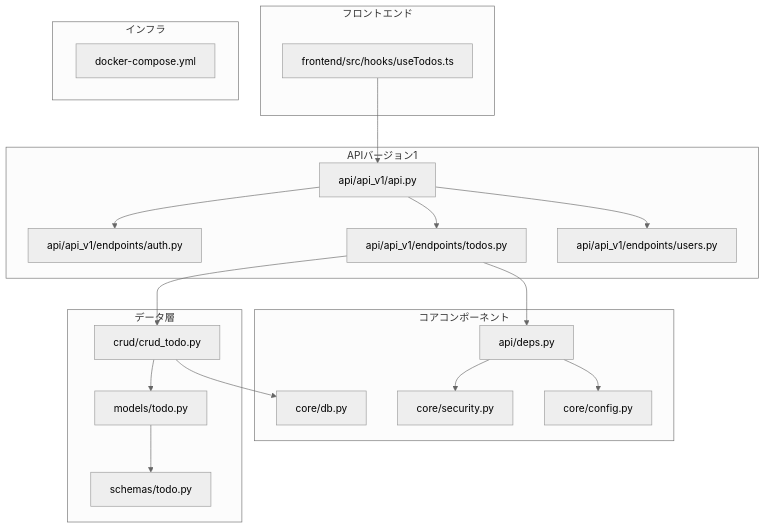
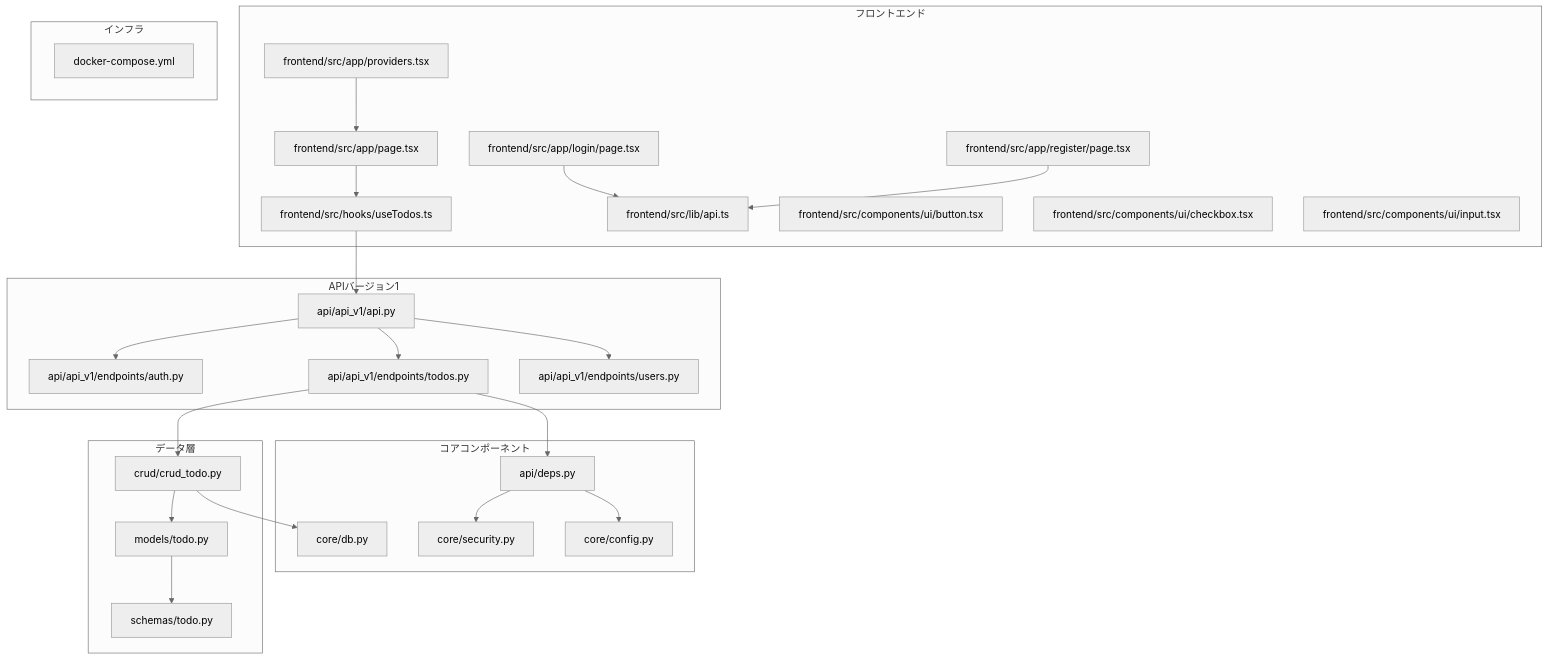
The first of 7 diagrams in .qoder/repowiki/ja/content/APIリファレンス/TODO管理API.md (ss8806/Todos), drawn with Mermaid (neutral theme) before and after one commit. The commit also changed other lines of this file and 3 other files, not shown here.

````diff
--- a/.qoder/repowiki/ja/content/APIリファレンス/TODO管理API.md
+++ b/.qoder/repowiki/ja/content/APIリファレンス/TODO管理API.md
@@ -65,37 +78,49 @@
 ```mermaid
 graph TB
 subgraph "APIバージョン1"
 API["api/api_v1/api.py"]
 AUTH["api/api_v1/endpoints/auth.py"]
 TODOS["api/api_v1/endpoints/todos.py"]
 USERS["api/api_v1/endpoints/users.py"]
 end
 subgraph "コアコンポーネント"
 CFG["core/config.py"]
 SEC["core/security.py"]
 DB["core/db.py"]
 DEPS["api/deps.py"]
 end
 subgraph "データ層"
 MODEL["models/todo.py"]
 SCHEMA["schemas/todo.py"]
 CRUD["crud/crud_todo.py"]
 end
 subgraph "フロントエンド"
 FE["frontend/src/hooks/useTodos.ts"]
+PAGE["frontend/src/app/page.tsx"]
+LOGIN["frontend/src/app/login/page.tsx"]
+REGISTER["frontend/src/app/register/page.tsx"]
+PROVIDERS["frontend/src/app/providers.tsx"]
+LIB["frontend/src/lib/api.ts"]
+BUTTON["frontend/src/components/ui/button.tsx"]
+CHECKBOX["frontend/src/components/ui/checkbox.tsx"]
+INPUT["frontend/src/components/ui/input.tsx"]
 end
 subgraph "インフラ"
 DC["docker-compose.yml"]
 end
 FE --> API
+PAGE --> FE
+LOGIN --> LIB
+REGISTER --> LIB
+PROVIDERS --> PAGE
 API --> AUTH
 API --> TODOS
 API --> USERS
 TODOS --> CRUD
 CRUD --> MODEL
 CRUD --> DB
 MODEL --> SCHEMA
 TODOS --> DEPS
 DEPS --> SEC
 DEPS --> CFG
 ```
````
